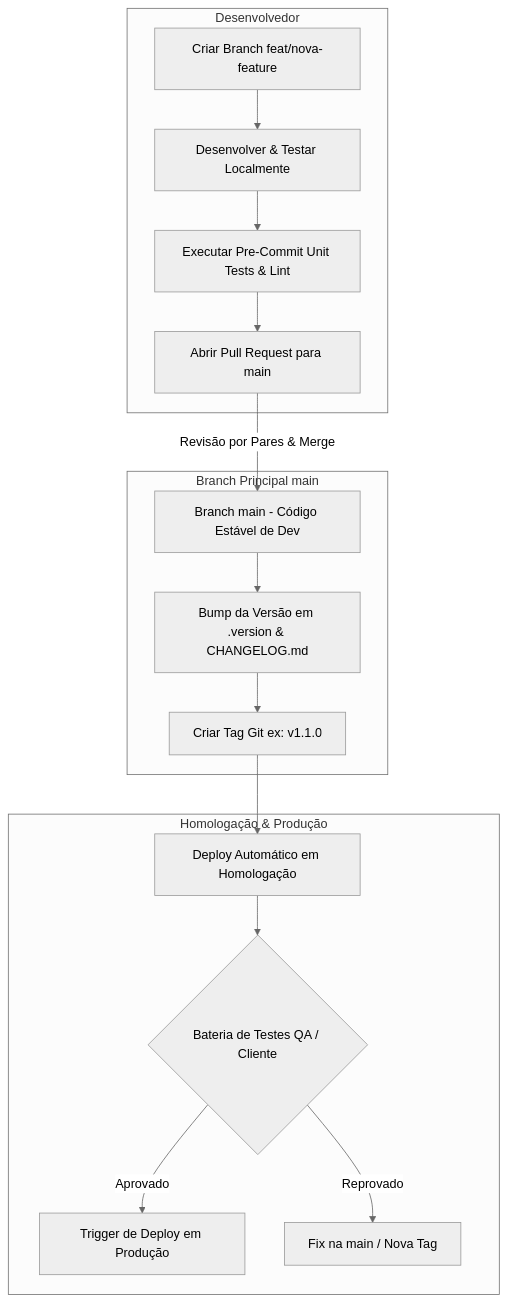
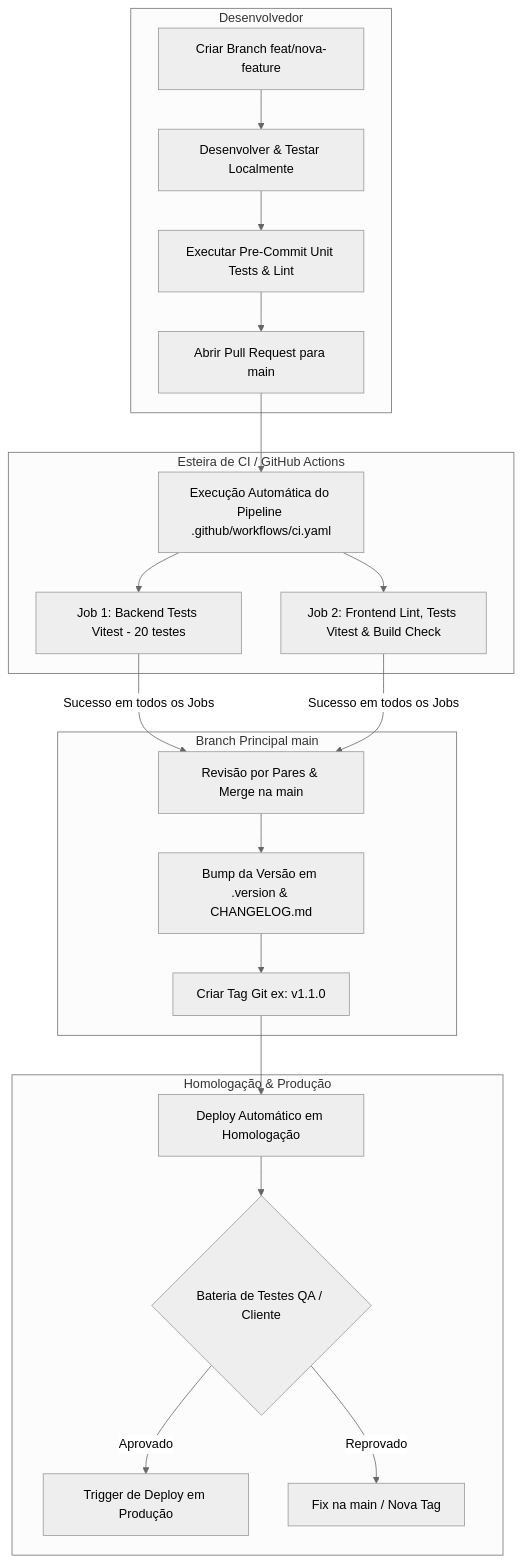
One commit to PedroCezardev/neogenomica-devtest changed the diagram in docs/Fluxo-de-Desenvolvimento.md. Above: the diagram before and after it, drawn with Mermaid (neutral theme). The commit also changed other lines of this file and 3 other files, not shown here.

Commit message:
feat(ci): adicionando pipeline ci/cd para garantir qualidade de código

````diff
--- a/docs/Fluxo-de-Desenvolvimento.md
+++ b/docs/Fluxo-de-Desenvolvimento.md
@@ -19,21 +19,27 @@
 ```mermaid
 flowchart TD
     subgraph Desenvolvedor
         A[Criar Branch feat/nova-feature] --> B[Desenvolver & Testar Localmente]
         B --> C[Executar Pre-Commit Unit Tests & Lint]
         C --> D[Abrir Pull Request para main]
     end
 
+    subgraph Esteira de CI / GitHub Actions
+        D --> E[Execução Automática do Pipeline .github/workflows/ci.yaml]
+        E --> F[Job 1: Backend Tests Vitest - 20 testes]
+        E --> G[Job 2: Frontend Lint, Tests Vitest & Build Check]
+    end
+
     subgraph Branch Principal main
-        D -->|Revisão por Pares & Merge| E[Branch main - Código Estável de Dev]
-        E --> F[Bump da Versão em .version & CHANGELOG.md]
-        F --> G[Criar Tag Git ex: v1.1.0]
+        F & G -->|Sucesso em todos os Jobs| H[Revisão por Pares & Merge na main]
+        H --> I[Bump da Versão em .version & CHANGELOG.md]
+        I --> J[Criar Tag Git ex: v1.1.0]
     end
 
     subgraph Homologação & Produção
-        G --> H[Deploy Automático em Homologação]
-        H --> I{Bateria de Testes QA / Cliente}
-        I -->|Aprovado| J[Trigger de Deploy em Produção]
-        I -->|Reprovado| K[Fix na main / Nova Tag]
+        J --> K[Deploy Automático em Homologação]
+        K --> L{Bateria de Testes QA / Cliente}
+        L -->|Aprovado| M[Trigger de Deploy em Produção]
+        L -->|Reprovado| N[Fix na main / Nova Tag]
     end
 ```
````
